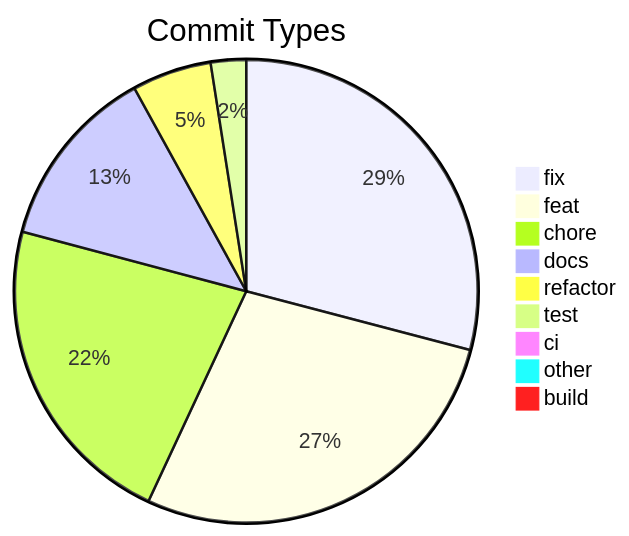
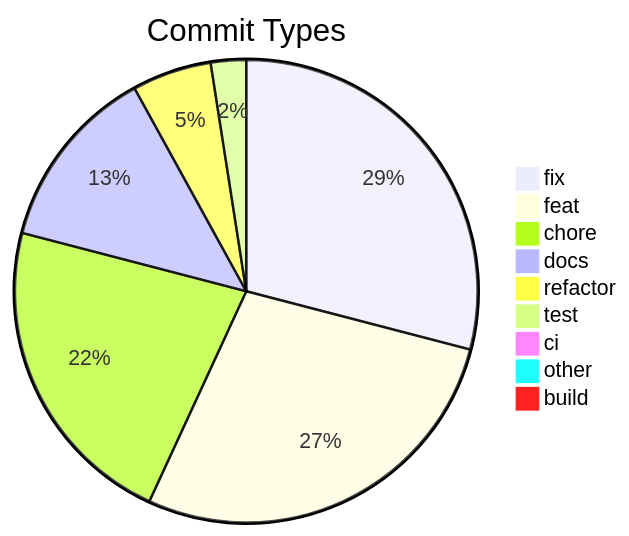
Before and after one commit to svenroth-ai/shipwright: the diagram in .shipwright/compliance/change-history.md, drawn with Mermaid. The commit also changed other lines of this file and 14 other files, not shown here.

````diff
--- a/.shipwright/compliance/change-history.md
+++ b/.shipwright/compliance/change-history.md
@@ -8,12 +8,12 @@
 ```mermaid
 pie title Commit Types
     "fix" : 283
     "feat" : 271
     "chore" : 216
-    "docs" : 125
+    "docs" : 126
     "refactor" : 54
     "test" : 24
     "ci" : 7
     "other" : 7
     "build" : 1
 ```
````
